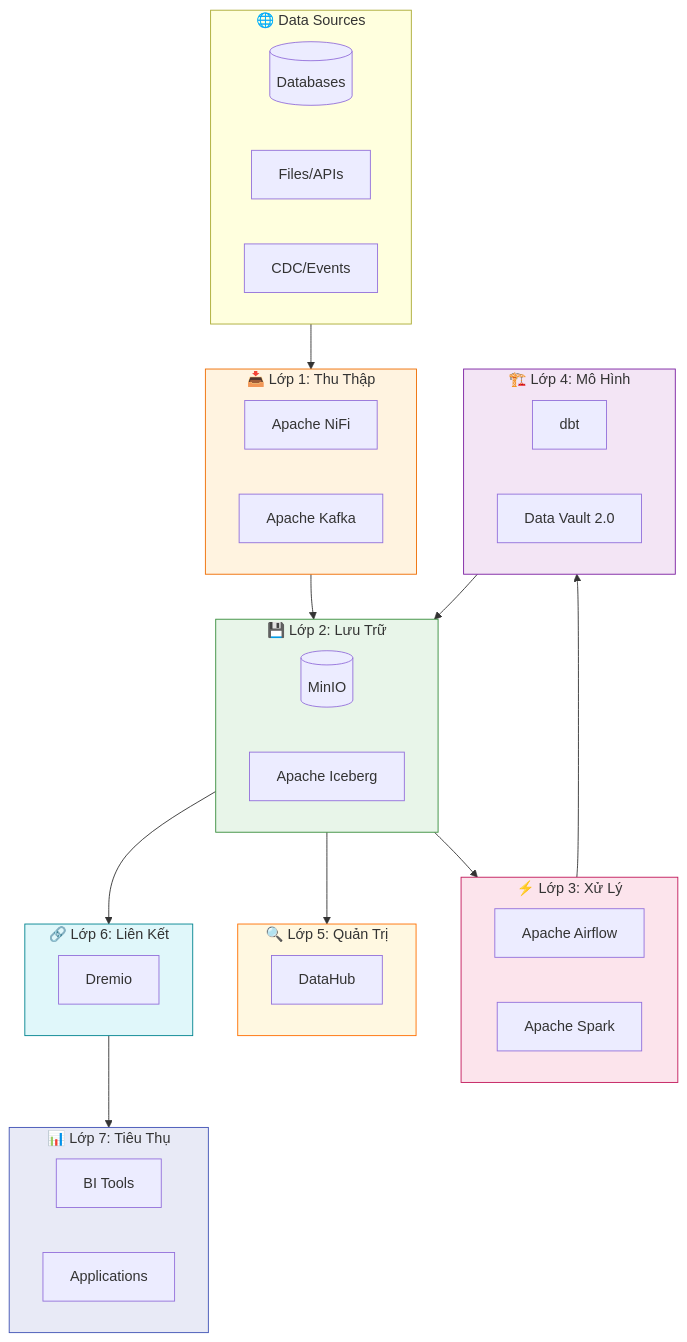
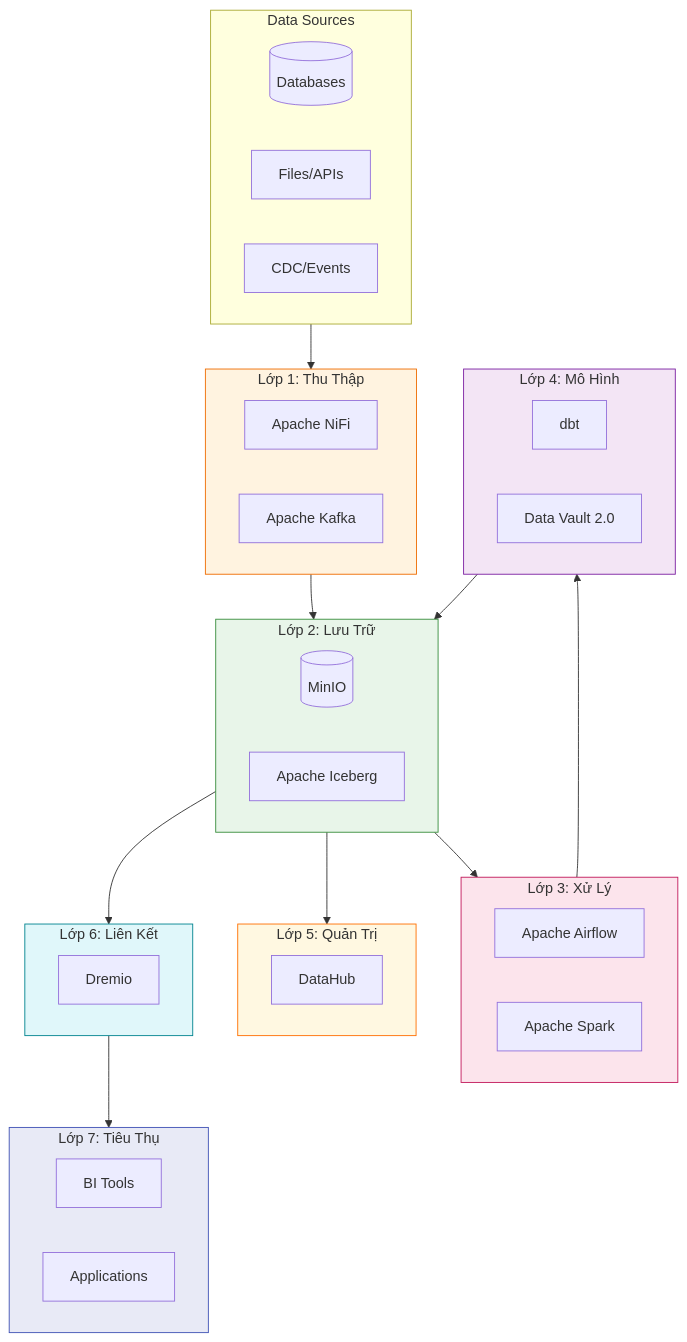
The diagram in website/docs/README.md (trangtoan293/hanas-doc), drawn with Mermaid before and after one commit. The commit also changed other lines of this file and 4 other files, not shown here.

````diff
--- a/website/docs/README.md
+++ b/website/docs/README.md
@@ -16,58 +16,58 @@
 ```mermaid
 flowchart TB
-    subgraph Sources["🌐 Data Sources"]
+    subgraph Sources["Data Sources"]
         DB[(Databases)]
         Files[Files/APIs]
         CDC[CDC/Events]
     end
     
-    subgraph L1["📥 Lớp 1: Thu Thập"]
+    subgraph L1["Lớp 1: Thu Thập"]
         NiFi[Apache NiFi]
         Kafka[Apache Kafka]
     end
     
-    subgraph L2["💾 Lớp 2: Lưu Trữ"]
+    subgraph L2["Lớp 2: Lưu Trữ"]
         MinIO[(MinIO)]
         Iceberg[Apache Iceberg]
     end
     
-    subgraph L3["⚡ Lớp 3: Xử Lý"]
+    subgraph L3["Lớp 3: Xử Lý"]
         Airflow[Apache Airflow]
         Spark[Apache Spark]
     end
     
-    subgraph L4["🏗️ Lớp 4: Mô Hình"]
+    subgraph L4["Lớp 4: Mô Hình"]
         dbt[dbt]
         DV[Data Vault 2.0]
     end
     
-    subgraph L5["🔍 Lớp 5: Quản Trị"]
+    subgraph L5["Lớp 5: Quản Trị"]
         DataHub[DataHub]
     end
     
-    subgraph L6["🔗 Lớp 6: Liên Kết"]
+    subgraph L6["Lớp 6: Liên Kết"]
         Dremio[Dremio]
     end
     
-    subgraph L7["📊 Lớp 7: Tiêu Thụ"]
+    subgraph L7["Lớp 7: Tiêu Thụ"]
         BI[BI Tools]
         Apps[Applications]
     end
     
     Sources --> L1
     L1 --> L2
     L2 --> L3
     L3 --> L4
     L4 --> L2
     L2 --> L5
     L2 --> L6
     L6 --> L7
     
     style L1 fill:#fff3e0,stroke:#ef6c00
     style L2 fill:#e8f5e9,stroke:#388e3c
     style L3 fill:#fce4ec,stroke:#c2185b
     style L4 fill:#f3e5f5,stroke:#7b1fa2
     style L5 fill:#fff8e1,stroke:#ff6f00
     style L6 fill:#e0f7fa,stroke:#00838f
     style L7 fill:#e8eaf6,stroke:#3f51b5
 ```
````
